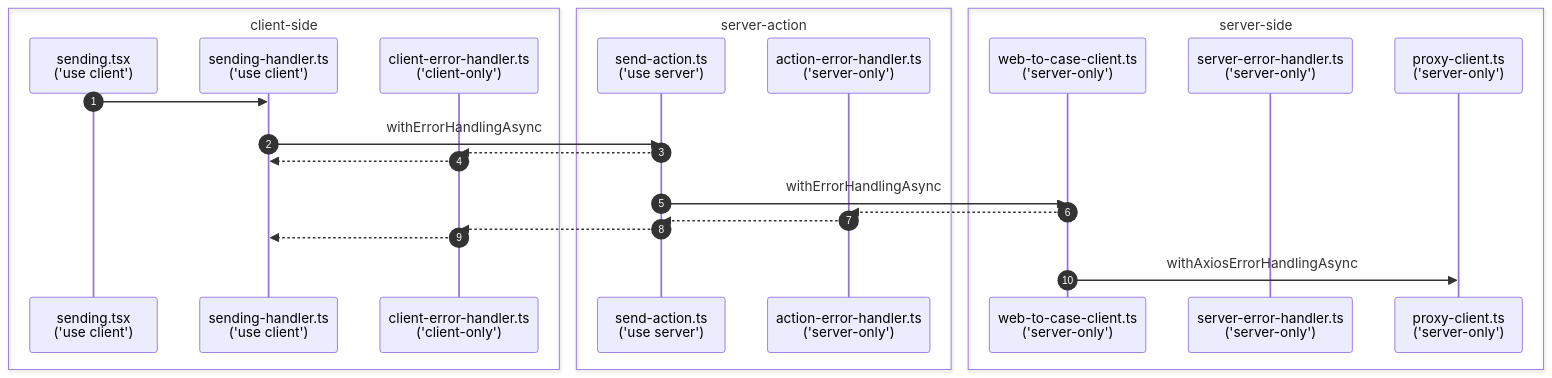
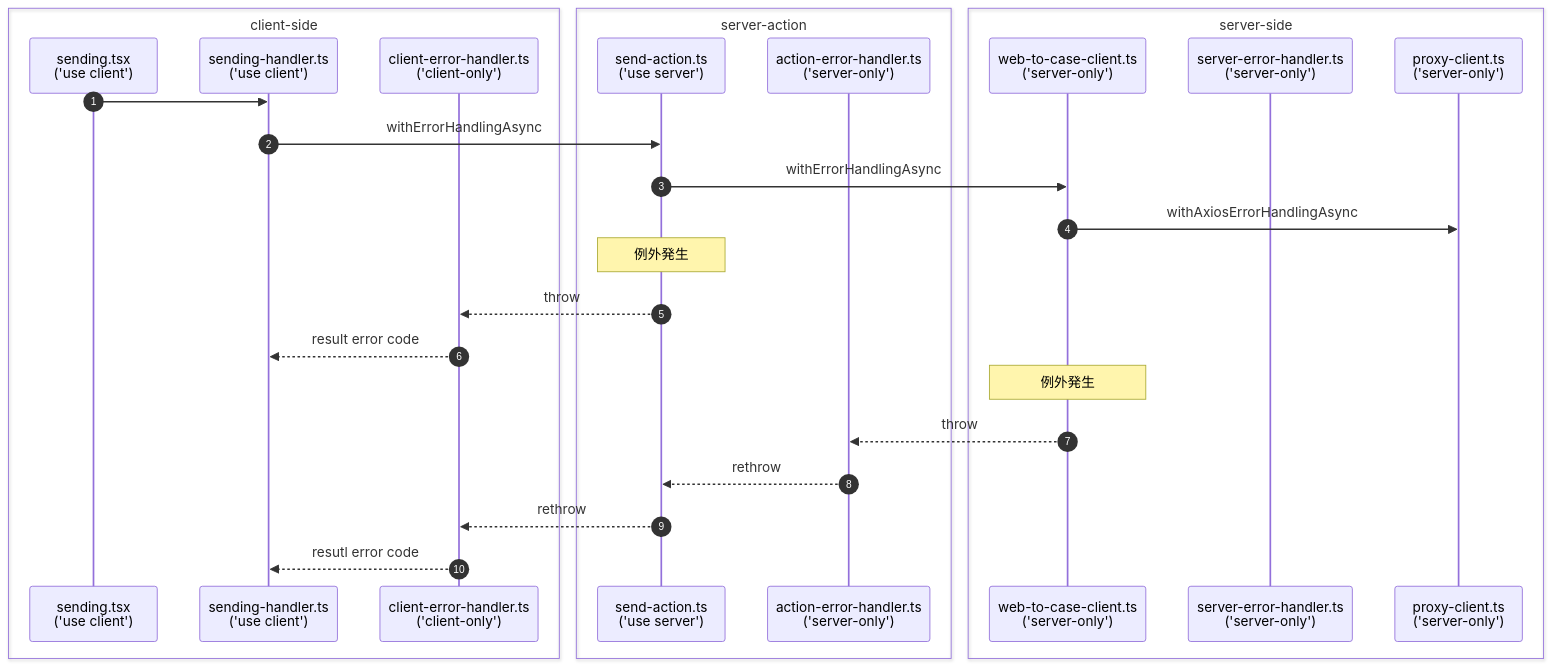
The diagram in _docs/contact/error-handling-sequence.md (sudo-yoko/portfolio-nextjs), drawn with Mermaid before and after one commit.

````diff
--- a/_docs/contact/error-handling-sequence.md
+++ b/_docs/contact/error-handling-sequence.md
@@ -1,36 +1,38 @@
 ```mermaid
 
 sequenceDiagram
 autonumber
 
 box client-side
   participant S as sending.tsx<br>('use client')
   participant SH as sending-handler.ts<br>('use client')
   participant CEH as client-error-handler.ts<br>('client-only')
 end
 
 box server-action
   participant SA as send-action.ts<br>('use server')
   participant AEH as action-error-handler.ts<br>('server-only')
 end
 
 box server-side
   participant WCC as web-to-case-client.ts<br>('server-only')
   participant SEH as server-error-handler.ts<br>('server-only')
   participant PC as proxy-client.ts<br>('server-only')
 end
 
 S->>SH: 
 SH->>SA: withErrorHandlingAsync
-SA-->>CEH:
-CEH-->>SH:
-
 SA->>WCC: withErrorHandlingAsync
-WCC-->>AEH:
-AEH-->>SA:
-SA-->>CEH:
-CEH-->>SH:
-
 WCC->>PC: withAxiosErrorHandlingAsync
 
+Note over SA: 例外発生
+SA-->>CEH: throw
+CEH-->>SH: result error code
+
+Note over WCC: 例外発生
+WCC-->>AEH: throw
+AEH-->>SA: rethrow
+SA-->>CEH: rethrow
+CEH-->>SH: resutl error code
+
 ```
````
